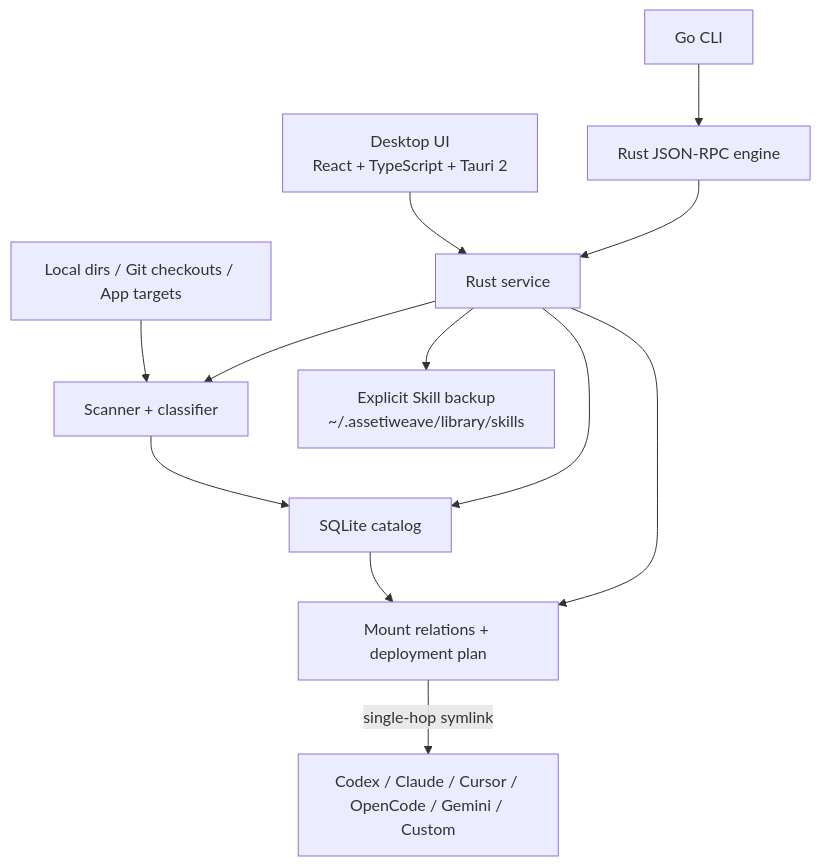
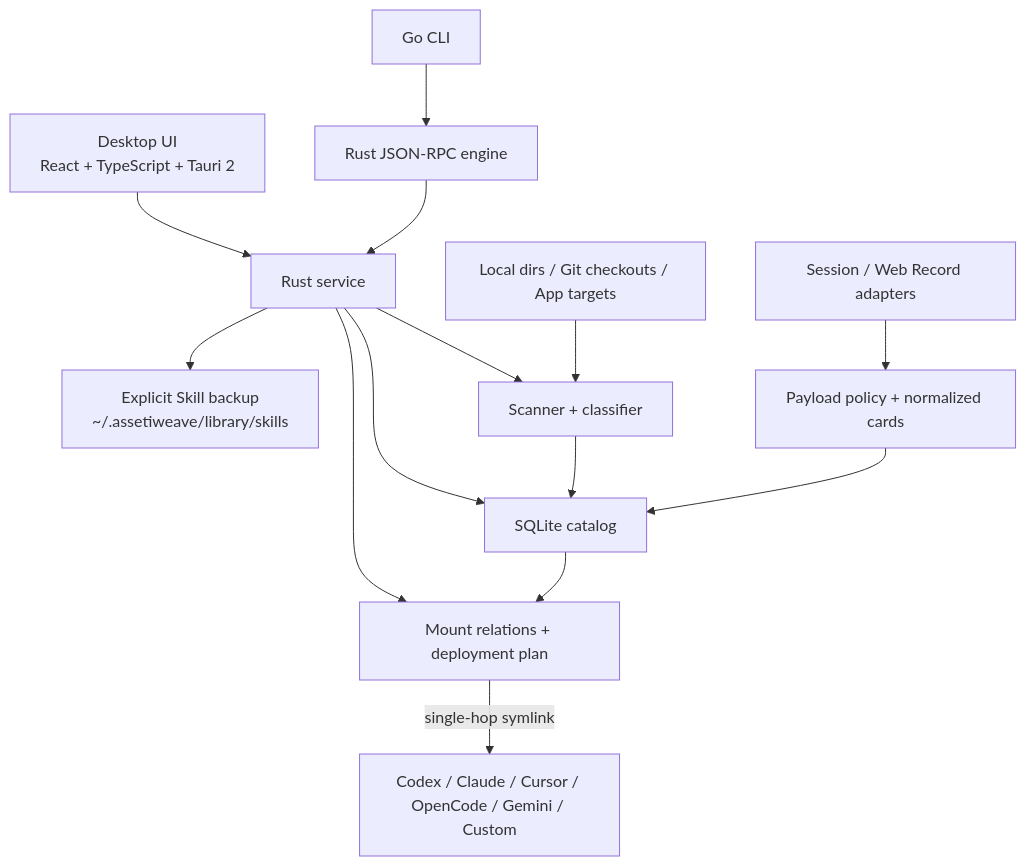
The second of 2 diagrams in README.md (util6/assetiweave), drawn with Mermaid before and after one commit. The commit also changed other lines of this file and 7 other files, not shown here.

````diff
--- a/README.md
+++ b/README.md
@@ -194,15 +224,18 @@
 ```mermaid
 flowchart TB
     Desktop["Desktop UI<br/>React + TypeScript + Tauri 2"] --> Service["Rust service"]
     CLI["Go CLI"] --> Engine["Rust JSON-RPC engine"] --> Service
 
     Sources["Local dirs / Git checkouts / App targets"] --> Scanner["Scanner + classifier"]
     Service --> Scanner
     Scanner --> Catalog["SQLite catalog"]
     Service --> Catalog
 
+    Conversations["Session / Web Record adapters"] --> Normalizer["Payload policy + normalized cards"]
+    Normalizer --> Catalog
+
     Catalog --> Planner["Mount relations + deployment plan"]
     Service --> Planner
     Planner -->|"single-hop symlink"| Targets["Codex / Claude / Cursor / OpenCode / Gemini / Custom"]
     Service --> Backup["Explicit Skill backup<br/>~/.assetiweave/library/skills"]
 ```
````
